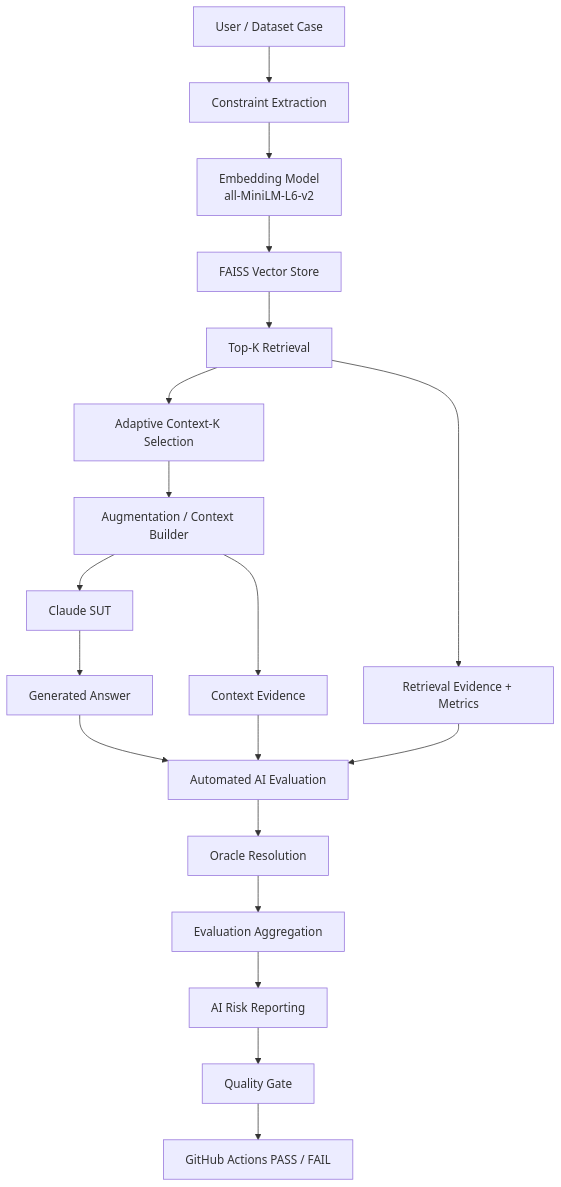
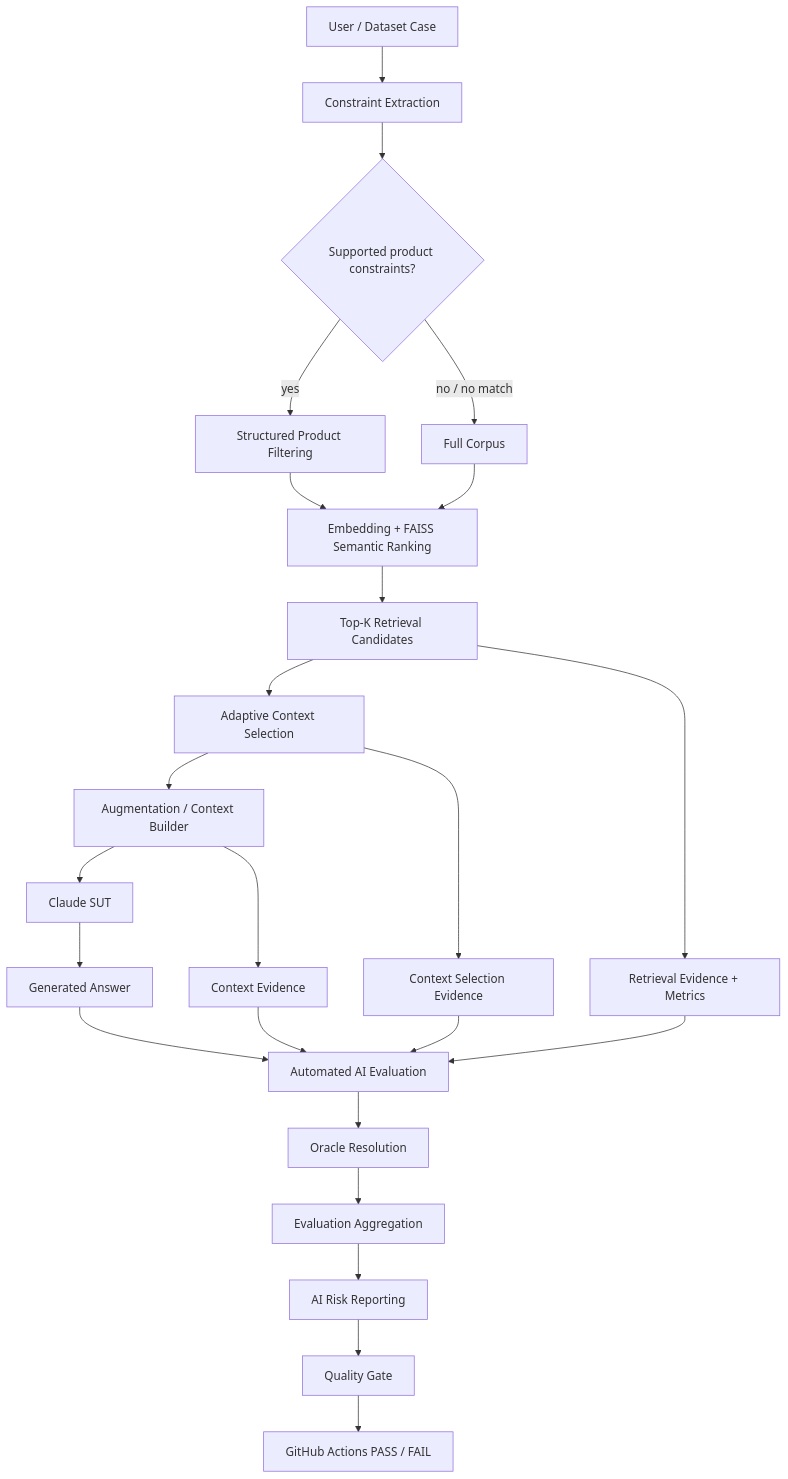
One commit to oleksandrserhieiev-beep/ai-qe-lab changed the first of 9 diagrams in docs/architecture.md. Above: the diagram before and after it, drawn with Mermaid. The commit also changed other lines of this file, not shown here.

Commit message:
Align architecture with implemented adaptive context flow

````diff
--- a/docs/architecture.md
+++ b/docs/architecture.md
@@ -11,23 +11,28 @@
 ```mermaid
 flowchart TD
     U[User / Dataset Case] --> C[Constraint Extraction]
-    C --> E[Embedding Model\nall-MiniLM-L6-v2]
-    E --> V[FAISS Vector Store]
-    V --> R[Top-K Retrieval]
-    R --> AK[Adaptive Context-K Selection]
+    C --> D{Supported product constraints?}
+    D -->|yes| F[Structured Product Filtering]
+    D -->|no / no match| ALL[Full Corpus]
+    F --> E[Embedding + FAISS Semantic Ranking]
+    ALL --> E
+    E --> R[Top-K Retrieval Candidates]
+    R --> AK[Adaptive Context Selection]
     AK --> B[Augmentation / Context Builder]
     B --> S[Claude SUT]
     S --> A[Generated Answer]
 
     R --> RM[Retrieval Evidence + Metrics]
+    AK --> CS[Context Selection Evidence]
     B --> CE[Context Evidence]
     A --> AE[Automated AI Evaluation]
     RM --> AE
+    CS --> AE
     CE --> AE
 
     AE --> OR[Oracle Resolution]
     OR --> AGG[Evaluation Aggregation]
     AGG --> RR[AI Risk Reporting]
     RR --> G[Quality Gate]
     G --> CI[GitHub Actions PASS / FAIL]
 ```
````
